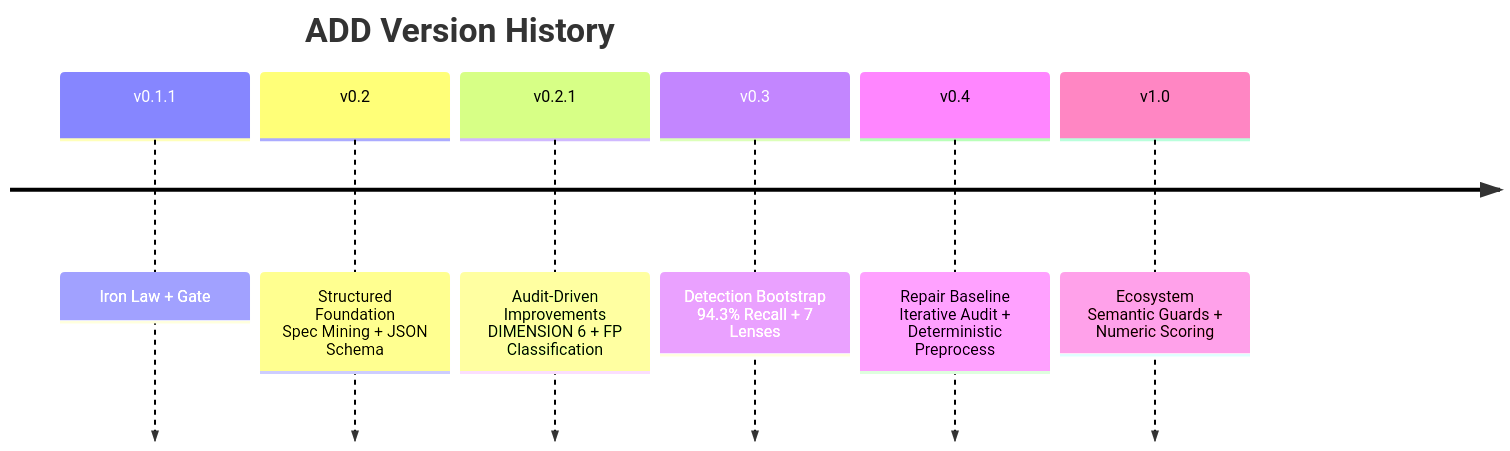
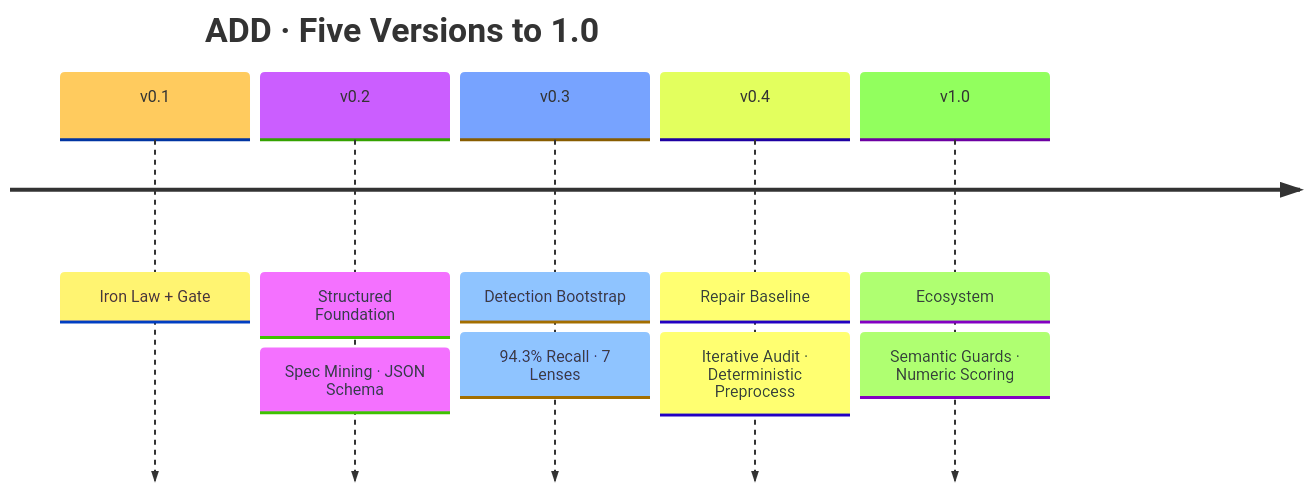
One commit to StormstoutLau/audit-driven-development changed the fifth of 5 diagrams in README.md. Above: the diagram before and after it, drawn with Mermaid. The commit also changed other lines of this file, not shown here.

````diff
--- a/README.md
+++ b/README.md
@@ -234,10 +340,17 @@
 ```mermaid
+---
+config:
+  theme: base
+---
 timeline
-    title ADD Version History
-    v0.1.1 : Iron Law + Gate
-    v0.2   : Structured Foundation<br>Spec Mining + JSON Schema
-    v0.2.1 : Audit-Driven Improvements<br>DIMENSION 6 + FP Classification
-    v0.3   : Detection Bootstrap<br>94.3% Recall + 7 Lenses
-    v0.4   : Repair Baseline<br>Iterative Audit + Deterministic Preprocess
-    v1.0   : Ecosystem<br>Semantic Guards + Numeric Scoring
+    title  ADD · Five Versions to 1.0
+    v0.1     : Iron Law + Gate
+    v0.2     : Structured Foundation
+             : Spec Mining · JSON Schema
+    v0.3     : Detection Bootstrap
+             : 94.3% Recall · 7 Lenses
+    v0.4     : Repair Baseline
+             : Iterative Audit · Deterministic Preprocess
+    v1.0     : Ecosystem
+             : Semantic Guards · Numeric Scoring
 ```
````
